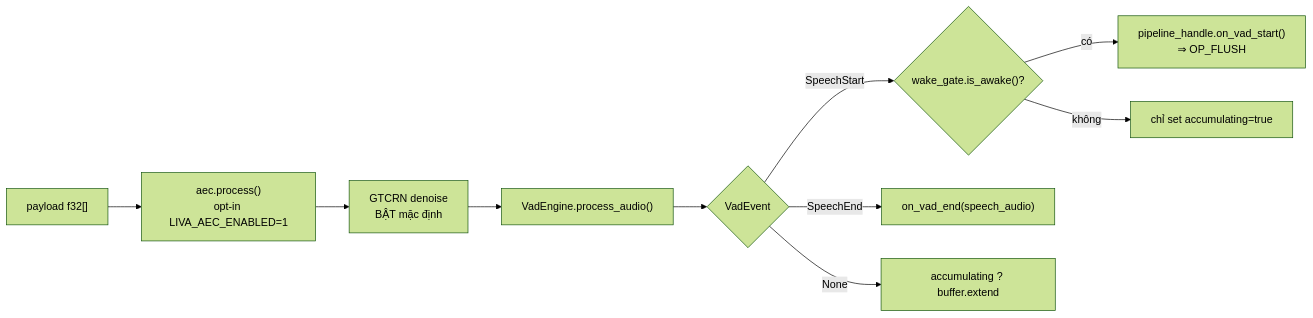
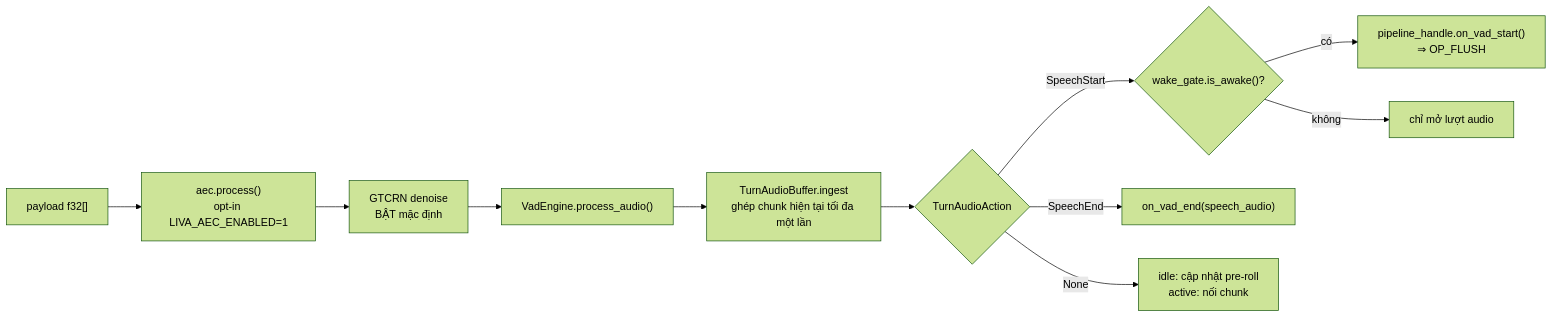
Before and after one commit to DuongNAD/LIVA: the third of 5 diagrams in docs/01-ban-ve/02-giao-thuc-ipc-va-websocket.md, drawn with Mermaid (forest theme). The commit also changed other lines of this file and 29 other files, not shown here.

````diff
--- a/docs/01-ban-ve/02-giao-thuc-ipc-va-websocket.md
+++ b/docs/01-ban-ve/02-giao-thuc-ipc-va-websocket.md
@@ -387,12 +396,13 @@
 ```mermaid
 flowchart LR
     P["payload f32[]"] --> AEC["aec.process()<br/>opt-in LIVA_AEC_ENABLED=1"]
     AEC --> DN["GTCRN denoise<br/>BẬT mặc định"]
     DN --> VAD["VadEngine.process_audio()"]
-    VAD --> EV{"VadEvent"}
+    VAD --> TB["TurnAudioBuffer.ingest<br/>ghép chunk hiện tại tối đa một lần"]
+    TB --> EV{"TurnAudioAction"}
     EV -->|SpeechStart| WG{"wake_gate.is_awake()?"}
     WG -->|có| FS["pipeline_handle.on_vad_start()<br/>⇒ OP_FLUSH"]
-    WG -->|không| NOP["chỉ set accumulating=true"]
+    WG -->|không| NOP["chỉ mở lượt audio"]
     EV -->|SpeechEnd| VE["on_vad_end(speech_audio)"]
-    EV -->|None| IDLE["accumulating ? buffer.extend"]
+    EV -->|None| IDLE["idle: cập nhật pre-roll<br/>active: nối chunk"]
 ```
````
